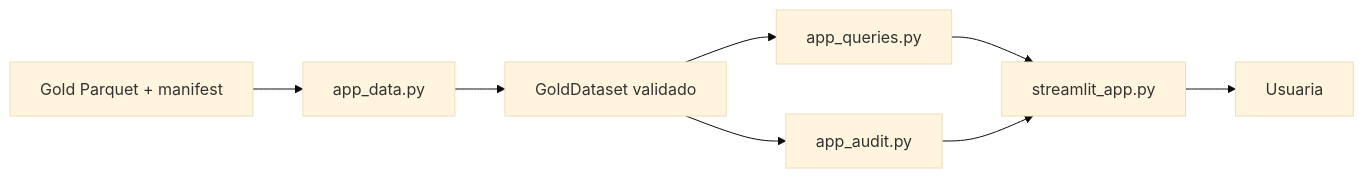
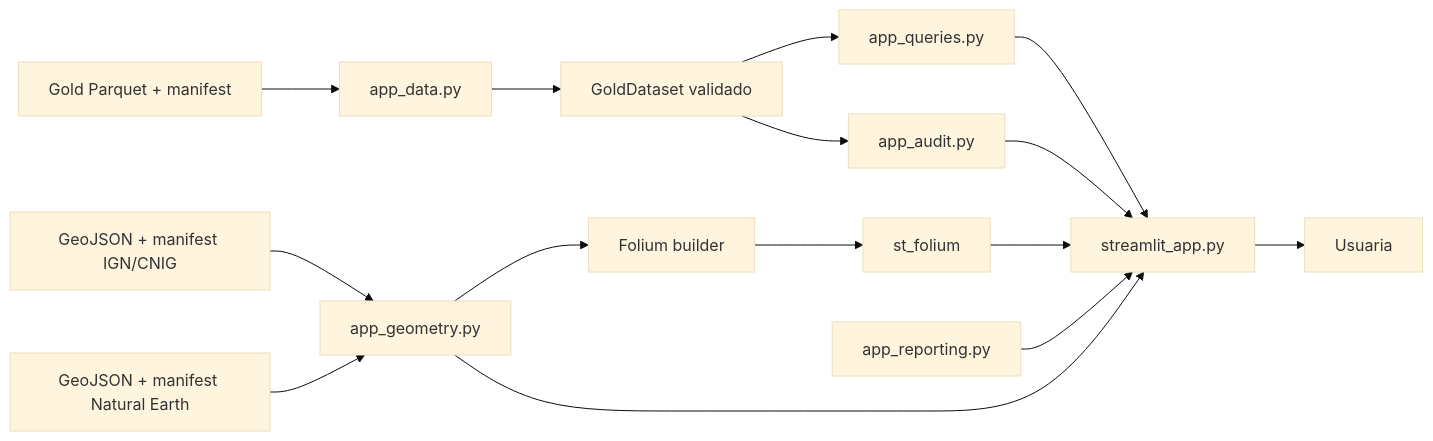
The diagram in docs/STREAMLIT_CODE_GUIDE.md (bererei/tfm-renewables-permitting-tracker), drawn with Mermaid (base theme) before and after one commit. The commit also changed other lines of this file and 34 other files, not shown here.

````diff
--- a/docs/STREAMLIT_CODE_GUIDE.md
+++ b/docs/STREAMLIT_CODE_GUIDE.md
@@ -29,10 +29,17 @@
 ```mermaid
 flowchart LR
     A[Gold Parquet + manifest] --> B[app_data.py]
     B --> C[GoldDataset validado]
     C --> D[app_queries.py]
     C --> G[app_audit.py]
+    H[GeoJSON + manifest IGN/CNIG] --> I[app_geometry.py]
+    H2[GeoJSON + manifest Natural Earth] --> I
+    I --> K[Folium builder]
+    K --> L[st_folium]
+    L --> E
     D --> E[streamlit_app.py]
     G --> E
+    I --> E
+    J[app_reporting.py] --> E
     E --> F[Usuaria]
 ```
````
